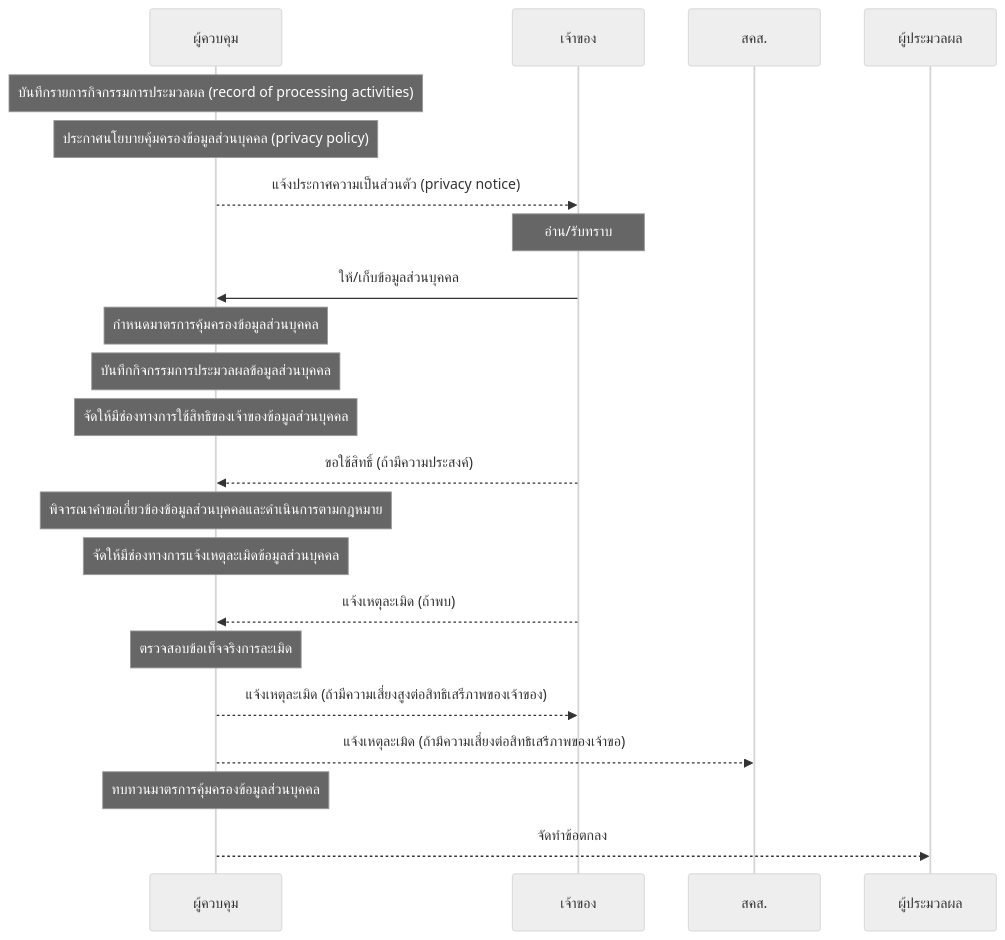
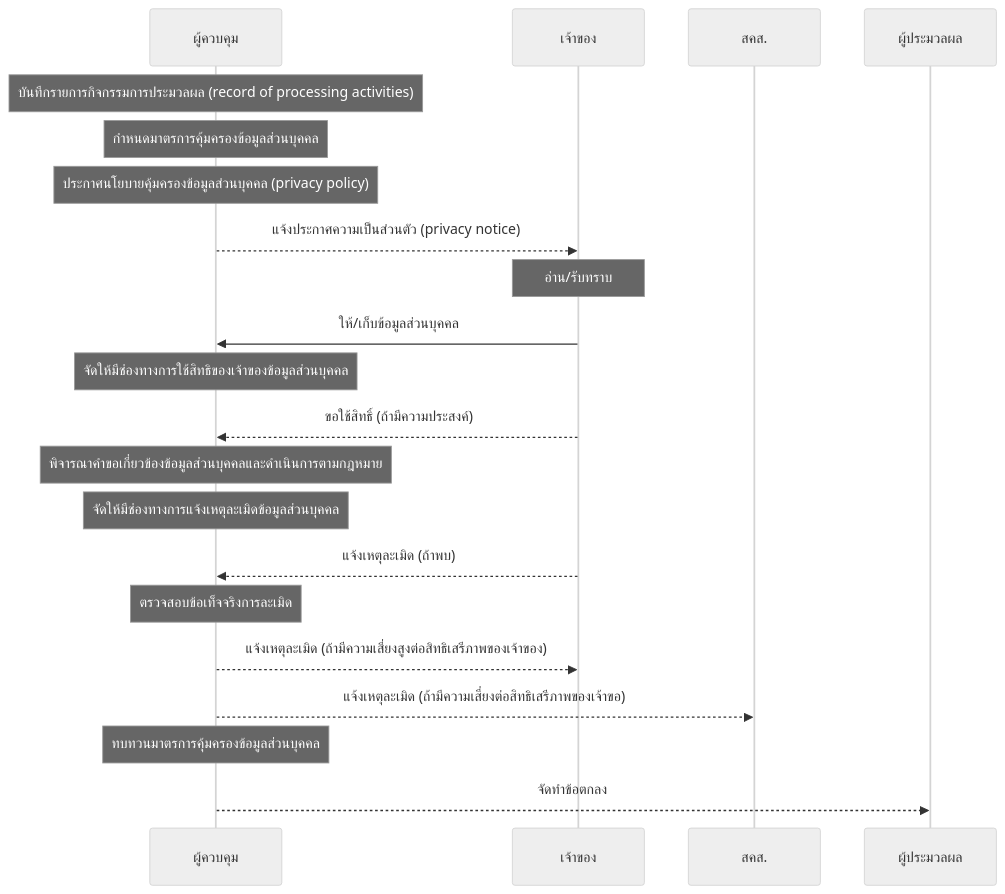
Before and after one commit to Kietpawpan/pdpa: the first of 3 diagrams in README.md, drawn with Mermaid (neutral theme).

````diff
--- a/README.md
+++ b/README.md
@@ -4,20 +4,19 @@
 ```mermaid
 sequenceDiagram
 	Note over ผู้ควบคุม: บันทึกรายการกิจกรรมการประมวลผล (record of processing activities)
+	Note over ผู้ควบคุม: กำหนดมาตรการคุ้มครองข้อมูลส่วนบุคคล
 	Note over ผู้ควบคุม: ประกาศนโยบายคุ้มครองข้อมูลส่วนบุคคล (privacy policy)
 	ผู้ควบคุม-->>เจ้าของ: แจ้งประกาศความเป็นส่วนตัว (privacy notice)
 	Note over เจ้าของ: อ่าน/รับทราบ
 	เจ้าของ->>ผู้ควบคุม:ให้/เก็บข้อมูลส่วนบุคคล
-	Note over ผู้ควบคุม: กำหนดมาตรการคุ้มครองข้อมูลส่วนบุคคล
-	Note over ผู้ควบคุม: บันทึกกิจกรรมการประมวลผลข้อมูลส่วนบุคคล
 	Note over ผู้ควบคุม: จัดให้มีช่องทางการใช้สิทธิของเจ้าของข้อมูลส่วนบุคคล
 	เจ้าของ-->>ผู้ควบคุม:ขอใช้สิทธิ์ (ถ้ามีความประสงค์)
 	Note over ผู้ควบคุม: พิจารณาคำขอเกี่ยวข้องข้อมูลส่วนบุคคลและดำเนินการตามกฎหมาย
 	Note over ผู้ควบคุม: จัดให้มีช่องทางการแจ้งเหตุละเมิดข้อมูลส่วนบุคคล
 	เจ้าของ-->>ผู้ควบคุม:แจ้งเหตุละเมิด (ถ้าพบ)
 	Note over ผู้ควบคุม: ตรวจสอบข้อเท็จจริงการละเมิด
 	ผู้ควบคุม-->>เจ้าของ: แจ้งเหตุละเมิด (ถ้ามีความเสี่ยงสูงต่อสิทธิเสรีภาพของเจ้าของ)
 	ผู้ควบคุม-->>สคส.: แจ้งเหตุละเมิด (ถ้ามีความเสี่ยงต่อสิทธิเสรีภาพของเจ้าขอ)
 	Note over ผู้ควบคุม: ทบทวนมาตรการคุ้มครองข้อมูลส่วนบุคคล
 	ผู้ควบคุม-->>ผู้ประมวลผล: จัดทำข้อตกลง
 ```
````
